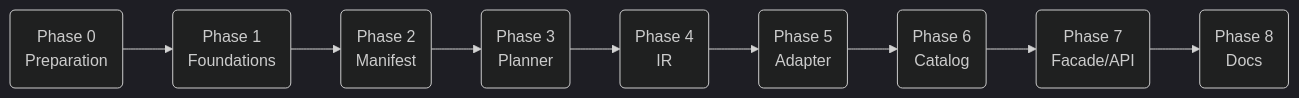
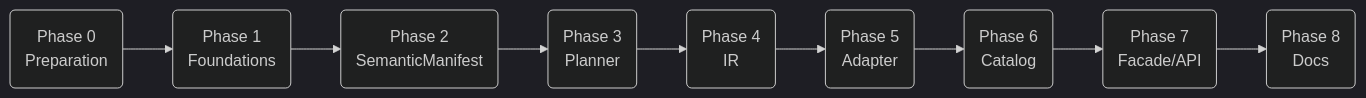
Before and after one commit to ahmetdal-funnel/semstrait: the diagram in docs/design/implementation/40_refactor_plan.md, drawn with Mermaid (dark theme). The commit also changed other lines of this file and 55 other files, not shown here.

````diff
--- a/docs/design/implementation/40_refactor_plan.md
+++ b/docs/design/implementation/40_refactor_plan.md
@@ -674,11 +674,11 @@
 ```mermaid
 flowchart LR
     P0(Phase 0<br/>Preparation) --> P1(Phase 1<br/>Foundations)
-    P1 --> P2(Phase 2<br/>Manifest)
+    P1 --> P2(Phase 2<br/>SemanticManifest)
     P2 --> P3(Phase 3<br/>Planner)
     P3 --> P4(Phase 4<br/>IR)
     P4 --> P5(Phase 5<br/>Adapter)
     P5 --> P6(Phase 6<br/>Catalog)
     P6 --> P7(Phase 7<br/>Facade/API)
     P7 --> P8(Phase 8<br/>Docs)
 ```
````
